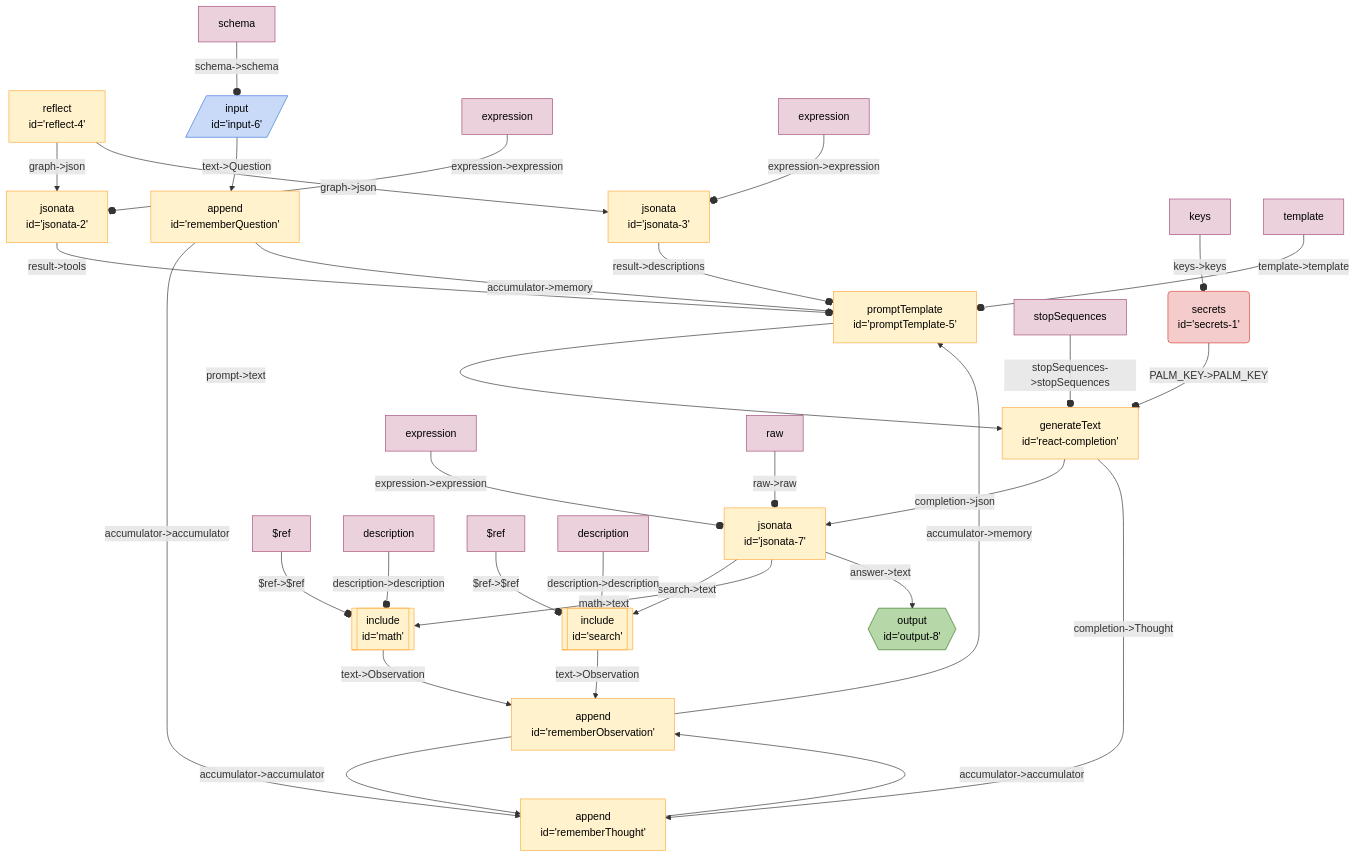
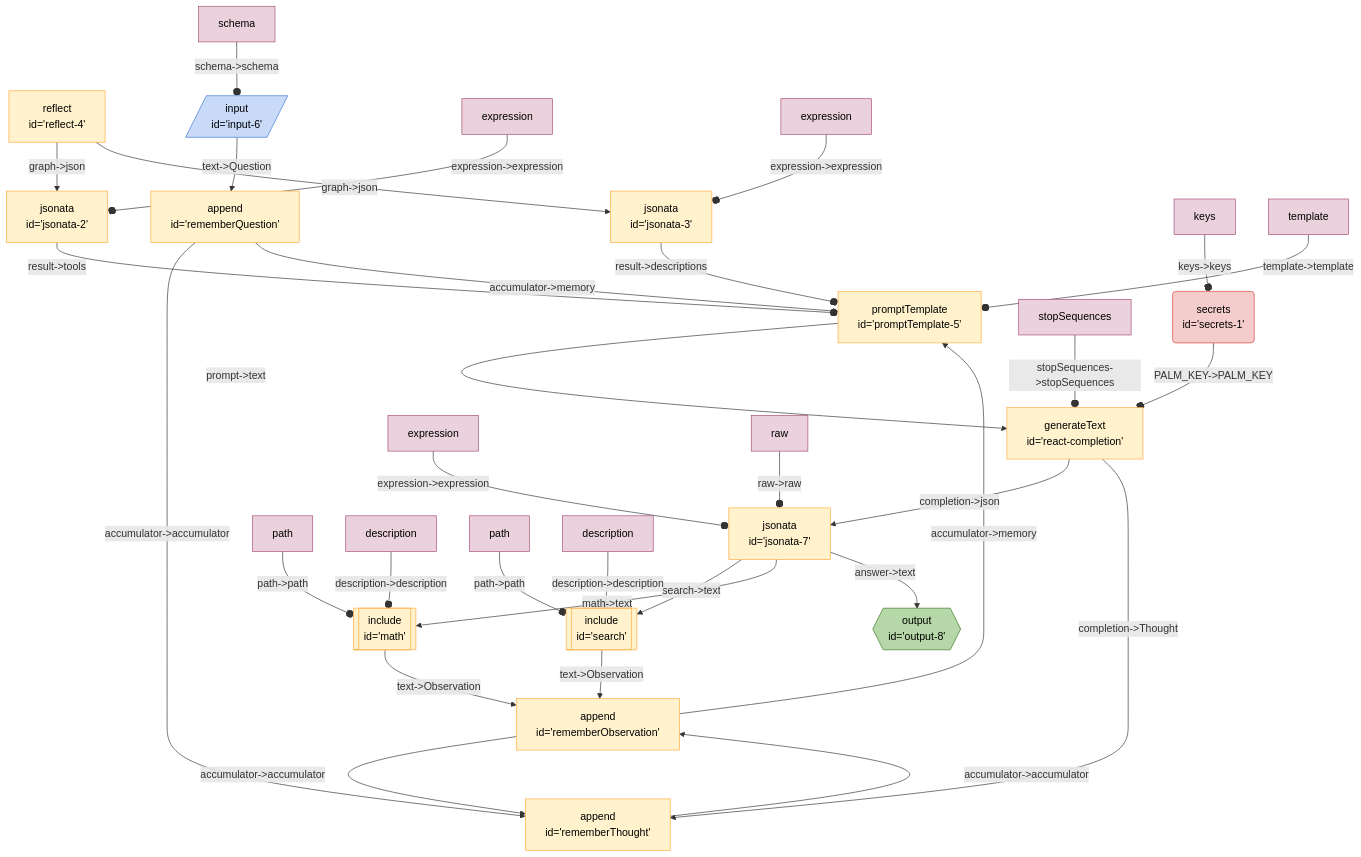
The diagram in seeds/graph-playground/docs/graphs/react-with-jsonata.md (breadboard-ai/breadboard), drawn with Mermaid before and after one commit. The commit also changed 2 other files, not shown here.

Commit message:
[graph-playground] Use Core Kit in `react-with-jsonata`.

````diff
--- a/seeds/graph-playground/docs/graphs/react-with-jsonata.md
+++ b/seeds/graph-playground/docs/graphs/react-with-jsonata.md
@@ -5,43 +5,43 @@
   ```mermaid
   %%{init: 'themeVariables': { 'fontFamily': 'Fira Code, monospace' }}%%
 graph TD;
 reflect4["reflect <br> id='reflect-4'"] -- "graph->json" --> jsonata2["jsonata <br> id='jsonata-2'"]
 reflect4["reflect <br> id='reflect-4'"] -- "graph->json" --> jsonata3["jsonata <br> id='jsonata-3'"]
 jsonata3["jsonata <br> id='jsonata-3'"] -- "result->descriptions" --o promptTemplate5["promptTemplate <br> id='promptTemplate-5'"]
 jsonata2["jsonata <br> id='jsonata-2'"] -- "result->tools" --o promptTemplate5["promptTemplate <br> id='promptTemplate-5'"]
 rememberObservation["append <br> id='rememberObservation'"] -- "accumulator->memory" --> promptTemplate5["promptTemplate <br> id='promptTemplate-5'"]
 rememberThought["append <br> id='rememberThought'"] -- "accumulator->accumulator" --> rememberObservation["append <br> id='rememberObservation'"]
 rememberObservation["append <br> id='rememberObservation'"] -- "accumulator->accumulator" --> rememberThought["append <br> id='rememberThought'"]
 rememberQuestion["append <br> id='rememberQuestion'"] -- "accumulator->accumulator" --> rememberThought["append <br> id='rememberThought'"]
 rememberQuestion["append <br> id='rememberQuestion'"] -- "accumulator->memory" --> promptTemplate5["promptTemplate <br> id='promptTemplate-5'"]
 input6[/"input <br> id='input-6'"/]:::input -- "text->Question" --> rememberQuestion["append <br> id='rememberQuestion'"]
 secrets1("secrets <br> id='secrets-1'"):::secrets -- "PALM_KEY->PALM_KEY" --o reactcompletion["generateText <br> id='react-completion'"]
 math[["include <br> id='math'"]]:::include -- "text->Observation" --> rememberObservation["append <br> id='rememberObservation'"]
 search[["include <br> id='search'"]]:::include -- "text->Observation" --> rememberObservation["append <br> id='rememberObservation'"]
 jsonata7["jsonata <br> id='jsonata-7'"] -- "search->text" --> search[["include <br> id='search'"]]:::include
 jsonata7["jsonata <br> id='jsonata-7'"] -- "math->text" --> math[["include <br> id='math'"]]:::include
 jsonata7["jsonata <br> id='jsonata-7'"] -- "answer->text" --> output8{{"output <br> id='output-8'"}}:::output
 reactcompletion["generateText <br> id='react-completion'"] -- "completion->json" --> jsonata7["jsonata <br> id='jsonata-7'"]
 reactcompletion["generateText <br> id='react-completion'"] -- "completion->Thought" --> rememberThought["append <br> id='rememberThought'"]
 promptTemplate5["promptTemplate <br> id='promptTemplate-5'"] -- "prompt->text" --> reactcompletion["generateText <br> id='react-completion'"]
 keyssecrets1[keys]:::config -- "keys->keys" --o secrets1
 expressionjsonata2[expression]:::config -- "expression->expression" --o jsonata2
 expressionjsonata3[expression]:::config -- "expression->expression" --o jsonata3
 templatepromptTemplate5[template]:::config -- "template->template" --o promptTemplate5
 schemainput6[schema]:::config -- "schema->schema" --o input6
 stopSequencesreactcompletion[stopSequences]:::config -- "stopSequences->stopSequences" --o reactcompletion
-$refmath[$ref]:::config -- "$ref->$ref" --o math
+pathmath[path]:::config -- "path->path" --o math
 descriptionmath[description]:::config -- "description->description" --o math
-$refsearch[$ref]:::config -- "$ref->$ref" --o search
+pathsearch[path]:::config -- "path->path" --o search
 descriptionsearch[description]:::config -- "description->description" --o search
 expressionjsonata7[expression]:::config -- "expression->expression" --o jsonata7
 rawjsonata7[raw]:::config -- "raw->raw" --o jsonata7
 classDef default stroke:#ffab40,fill:#fff2ccff,color:#000
 classDef input stroke:#3c78d8,fill:#c9daf8ff,color:#000
 classDef output stroke:#38761d,fill:#b6d7a8ff,color:#000
 classDef passthrough stroke:#a64d79,fill:#ead1dcff,color:#000
 classDef slot stroke:#a64d79,fill:#ead1dcff,color:#000
 classDef config stroke:#a64d79,fill:#ead1dcff,color:#000
 classDef secrets stroke:#db4437,fill:#f4cccc,color:#000
 classDef slotted stroke:#a64d79
   ```
````
